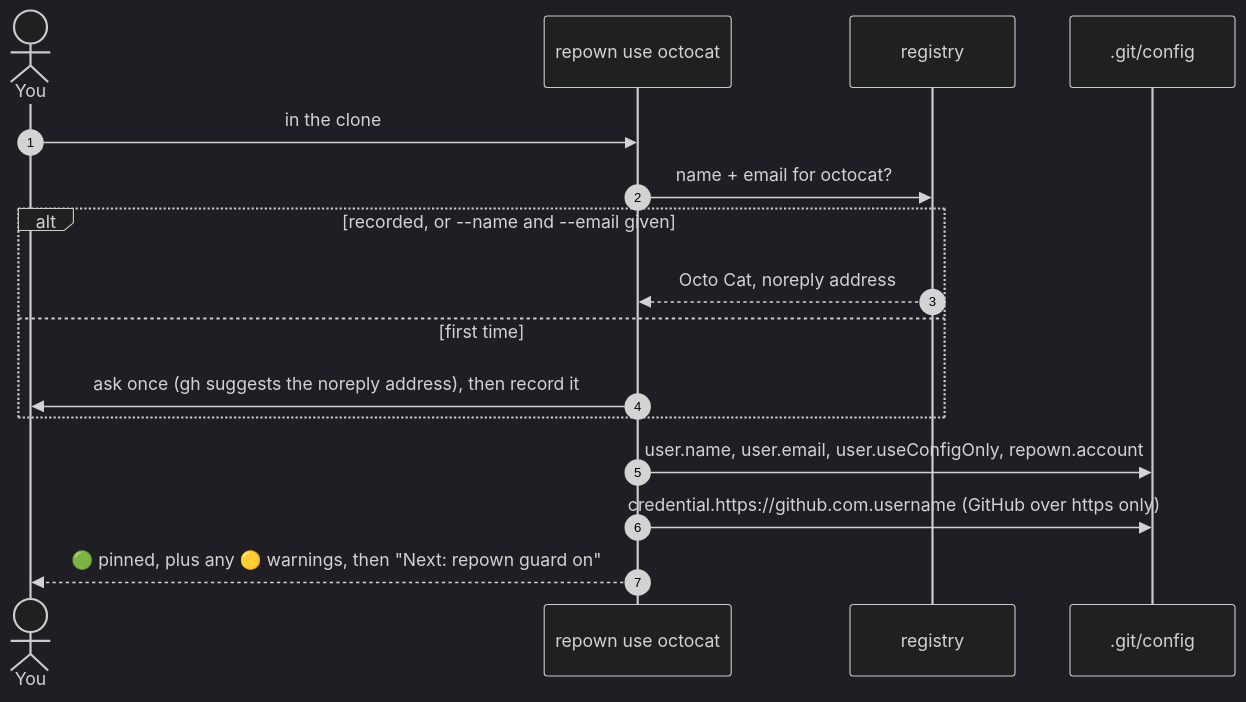
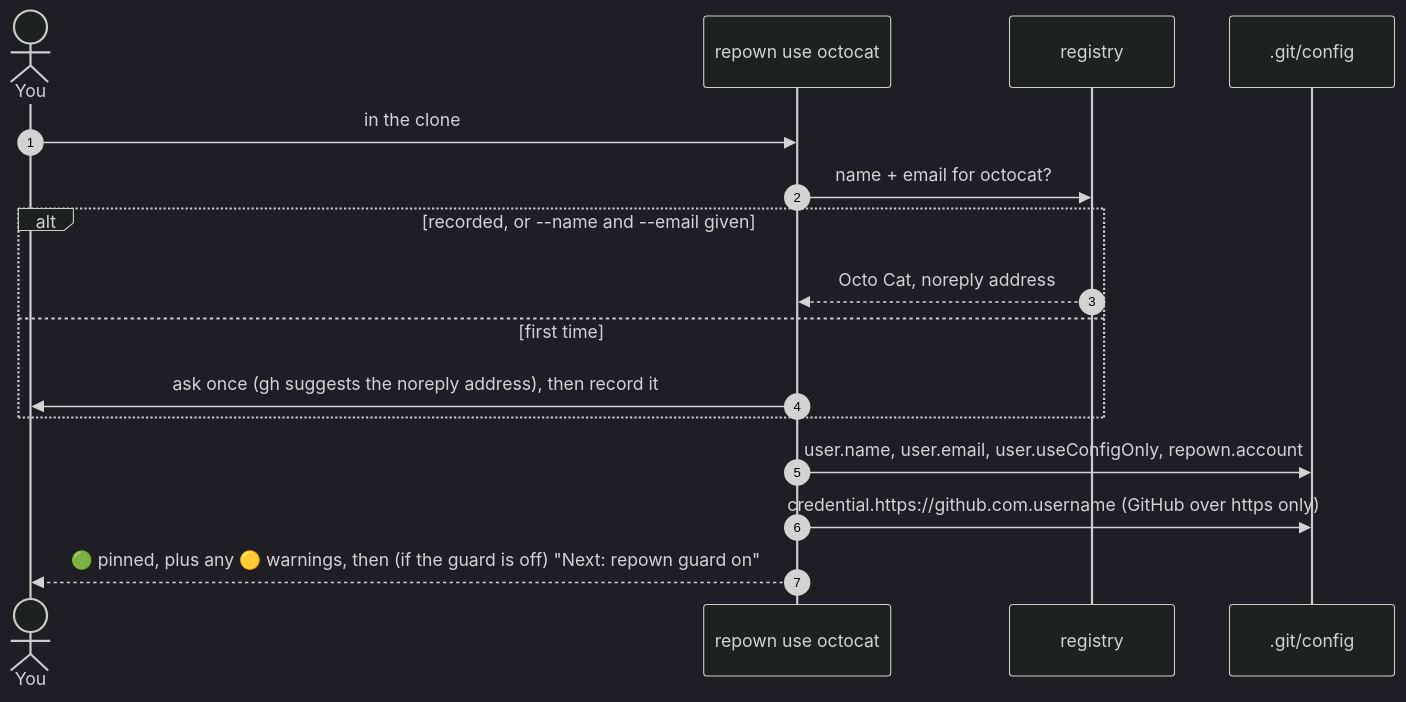
One commit to makubexD/repown changed the third of 9 diagrams in docs/HOW-IT-WORKS.md. Above: the diagram before and after it, drawn with Mermaid (dark theme). The commit also changed other lines of this file and 8 other files, not shown here.

````diff
--- a/docs/HOW-IT-WORKS.md
+++ b/docs/HOW-IT-WORKS.md
@@ -113,18 +123,18 @@
 ```mermaid
 sequenceDiagram
   autonumber
   actor You
   participant R as repown use octocat
   participant Reg as registry
   participant G as .git/config
   You->>R: in the clone
   R->>Reg: name + email for octocat?
   alt recorded, or --name and --email given
     Reg-->>R: Octo Cat, noreply address
   else first time
     R->>You: ask once (gh suggests the noreply address), then record it
   end
   R->>G: user.name, user.email, user.useConfigOnly, repown.account
   R->>G: credential.https://github.com.username (GitHub over https only)
-  R-->>You: 🟢 pinned, plus any 🟡 warnings, then "Next: repown guard on"
+  R-->>You: 🟢 pinned, plus any 🟡 warnings, then (if the guard is off) "Next: repown guard on"
 ```
````
